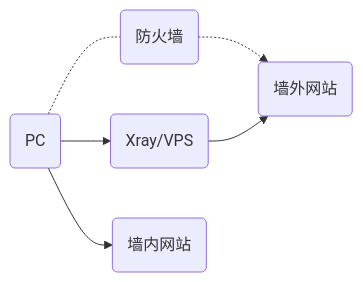
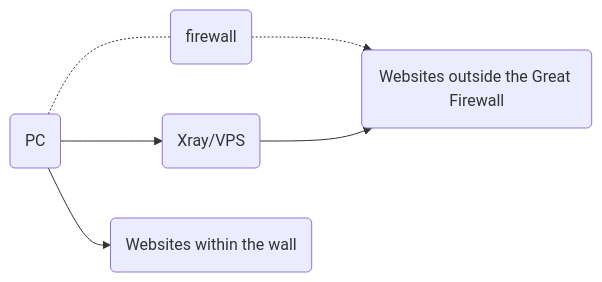
The first of 3 diagrams in docs/en/document/level-1/work.md (XTLS/Xray-docs-next), drawn with Mermaid before and after one commit. The commit also changed other lines of this file, not shown here.

````diff
--- a/docs/en/document/level-1/work.md
+++ b/docs/en/document/level-1/work.md
@@ -7,8 +7,8 @@
 ```mermaid
 graph LR;
-A(PC) -.- B(防火墙);
-B -.-> C(墙外网站);
+A(PC) -.- B(firewall);
+B -.-> C(Websites outside the Great Firewall);
 A --> D(Xray/VPS);
 D --> C;
-A --> E(墙内网站);
+A --> E(Websites within the wall);
 ```
````
